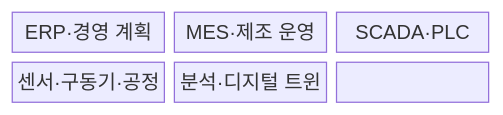
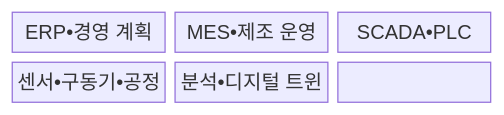
Before and after one commit to agnusdei1207/knowledge-base: the first of 2 diagrams in src/content/docs/notes/08-latest-tech/201_smart_factory.md, drawn with Mermaid. The commit also changed other lines of this file and 953 other files, not shown here.

````diff
--- a/src/content/docs/notes/08-latest-tech/201_smart_factory.md
+++ b/src/content/docs/notes/08-latest-tech/201_smart_factory.md
@@ -68,11 +68,11 @@
 ```mermaid
 block-beta
   columns 3
-  N0["ERP·경영 계획"]
-  N1["MES·제조 운영"]
-  N2["SCADA·PLC"]
-  N3["센서·구동기·공정"]
-  N4["분석·디지털 트윈"]
+  N0["ERP•경영 계획"]
+  N1["MES•제조 운영"]
+  N2["SCADA•PLC"]
+  N3["센서•구동기•공정"]
+  N4["분석•디지털 트윈"]
   N0 --- N1 --- N2
   N2 --- N3 --- N4
 ```
````
